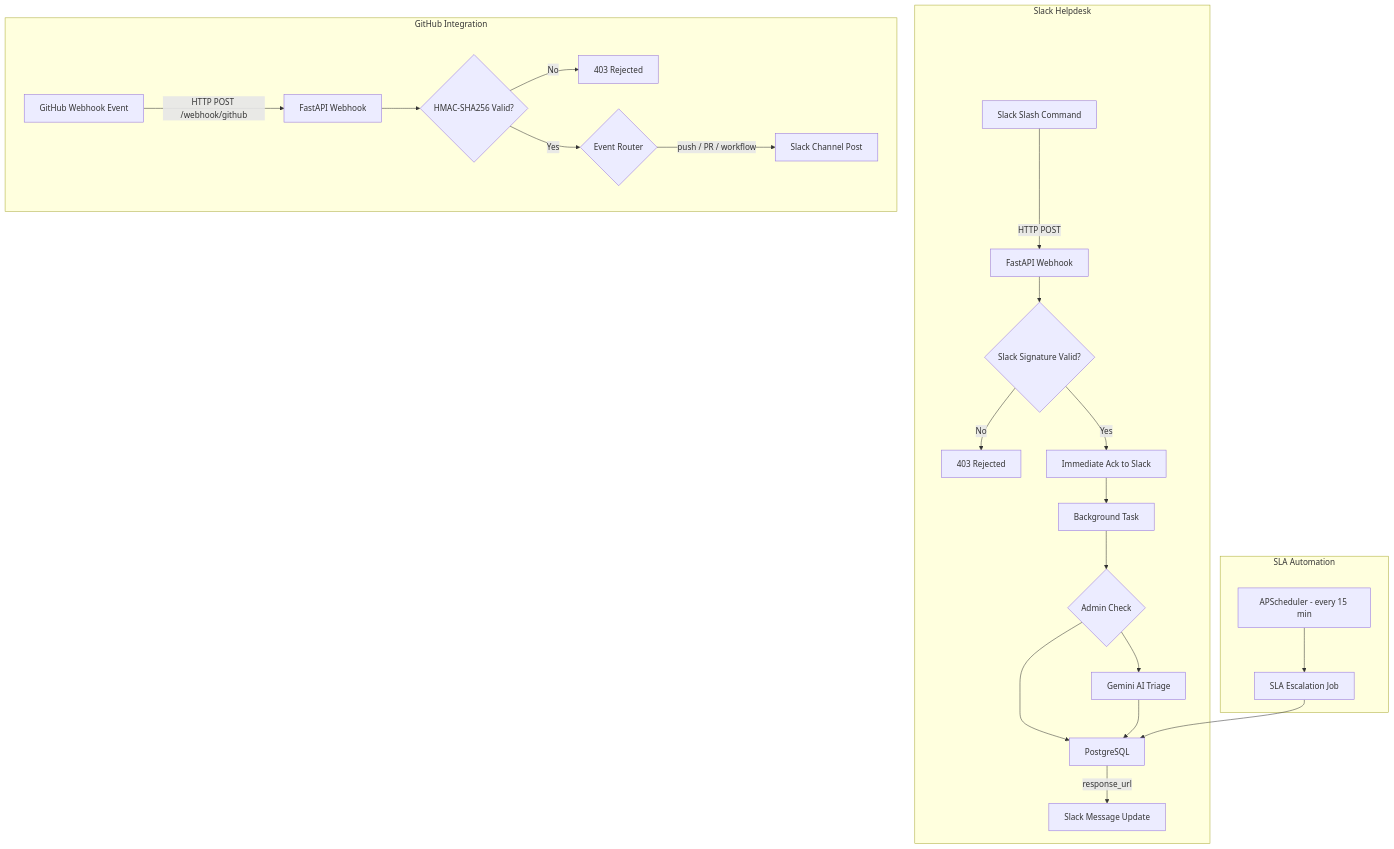
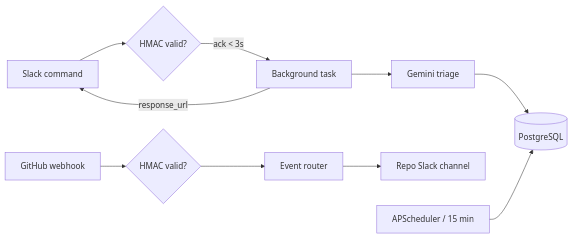
The diagram in Readme.md (Jairamhegde/ResolveOps), drawn with Mermaid before and after one commit. The commit also changed other lines of this file and 9 other files, not shown here.

Commit message:
refactor: split Slack blocks into slack_blocks.py, fix SLA escalation, redesign /listissue with resolve button, add logging

````diff
--- a/Readme.md
+++ b/Readme.md
@@ -29,28 +36,8 @@
 ```mermaid
-flowchart TD
-    subgraph Slack Helpdesk
-        A[Slack Slash Command] -->|HTTP POST| B[FastAPI Webhook]
-        B --> C{Slack Signature Valid?}
-        C -- No --> X1[403 Rejected]
-        C -- Yes --> D[Immediate Ack to Slack]
-        D --> E[Background Task]
-        E --> F{Admin Check}
-        F --> G[Gemini AI Triage]
-        F --> H[PostgreSQL]
-        G --> H
-        H -->|response_url| I[Slack Message Update]
-    end
-
-    subgraph GitHub Integration
-        GH[GitHub Webhook Event] -->|HTTP POST /webhook/github| GHW[FastAPI Webhook]
-        GHW --> GHV{HMAC-SHA256 Valid?}
-        GHV -- No --> X2[403 Rejected]
-        GHV -- Yes --> GHP{Event Router}
-        GHP -->|push / PR / workflow| SC[Slack Channel Post]
-    end
-
-    subgraph SLA Automation
-        J[APScheduler - every 15 min] --> K[SLA Escalation Job]
-        K --> H
-    end
+flowchart LR
+    S[Slack command] --> V{HMAC valid?} -->|ack < 3s| BG[Background task]
+    BG --> AI[Gemini triage] --> DB[(PostgreSQL)]
+    BG -->|response_url| S
+    GH[GitHub webhook] --> V2{HMAC valid?} --> R[Event router] --> CH[Repo Slack channel]
+    SCH[APScheduler / 15 min] --> DB
 ```
````
